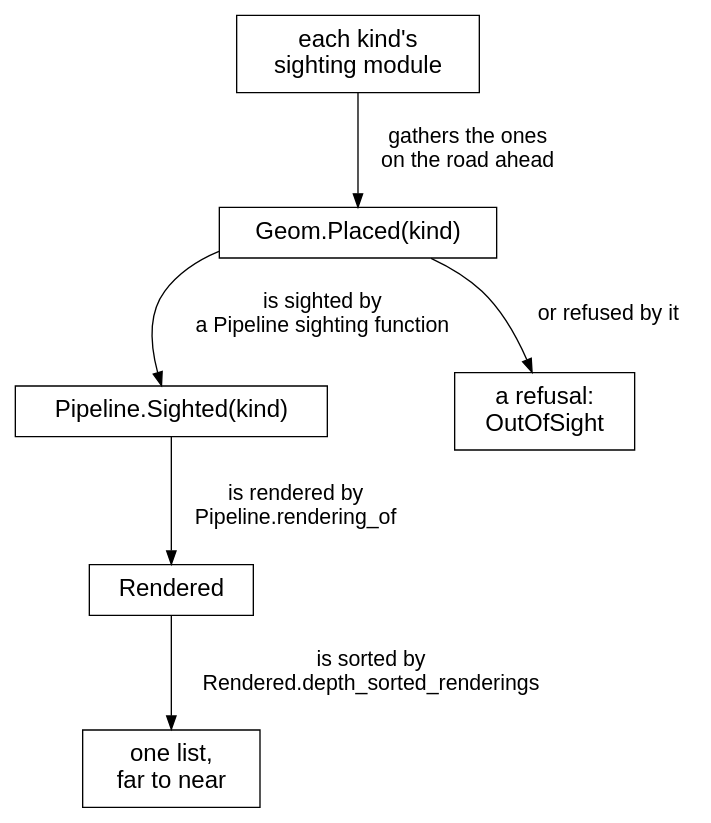
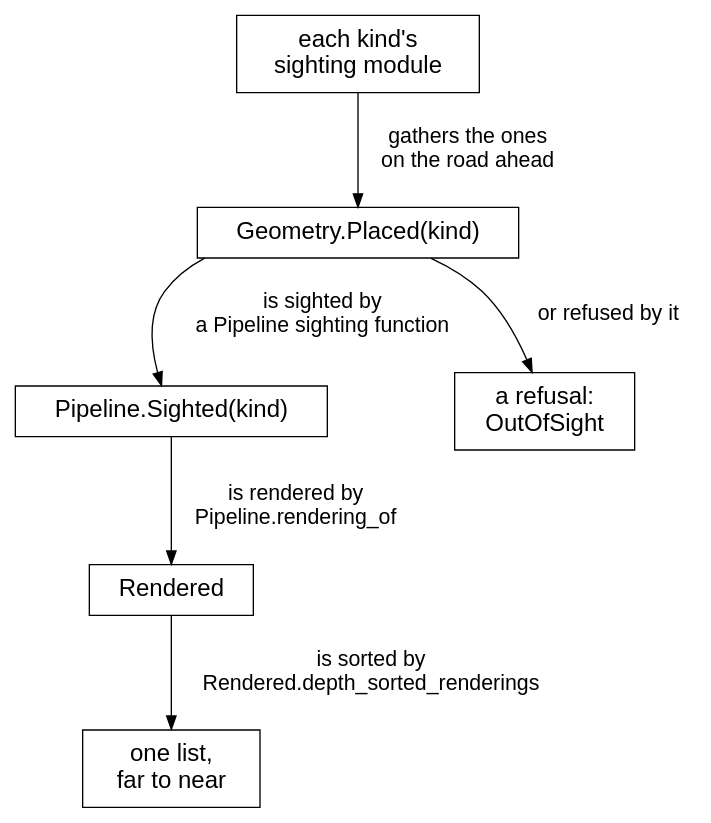
One commit to showell/roc-apps changed the third of 15 diagrams in canvas_apps/safari/tutorial/tutorial.md. Above: the diagram before and after it, drawn with Graphviz. The commit also changed other lines of this file and 59 other files, not shown here.

````diff
--- a/canvas_apps/safari/tutorial/tutorial.md
+++ b/canvas_apps/safari/tutorial/tutorial.md
@@ -588,20 +588,20 @@
 ```dot
 digraph pipeline {
   rankdir=TB;
   nodesep=0.6;
   ranksep=0.7;
   node [shape=box, fontname="Helvetica", fontsize=18, margin="0.25,0.12"];
   edge [fontname="Helvetica", fontsize=16];
   finder [label="each kind's\nsighting module"];
-  placed [label="Geom.Placed(kind)"];
+  placed [label="Geometry.Placed(kind)"];
   sighted [label="Pipeline.Sighted(kind)"];
   refused [label="a refusal:\nOutOfSight"];
   rendered [label="Rendered"];
   list [label="one list,\nfar to near"];
   finder -> placed [label="  gathers the ones\n  on the road ahead"];
   placed -> sighted [label="  is sighted by\n  a Pipeline sighting function"];
   placed -> refused [label="  or refused by it"];
   sighted -> rendered [label="  is rendered by\n  Pipeline.rendering_of"];
   rendered -> list [label="  is sorted by\n  Rendered.depth_sorted_renderings"];
 }
 ```
````
